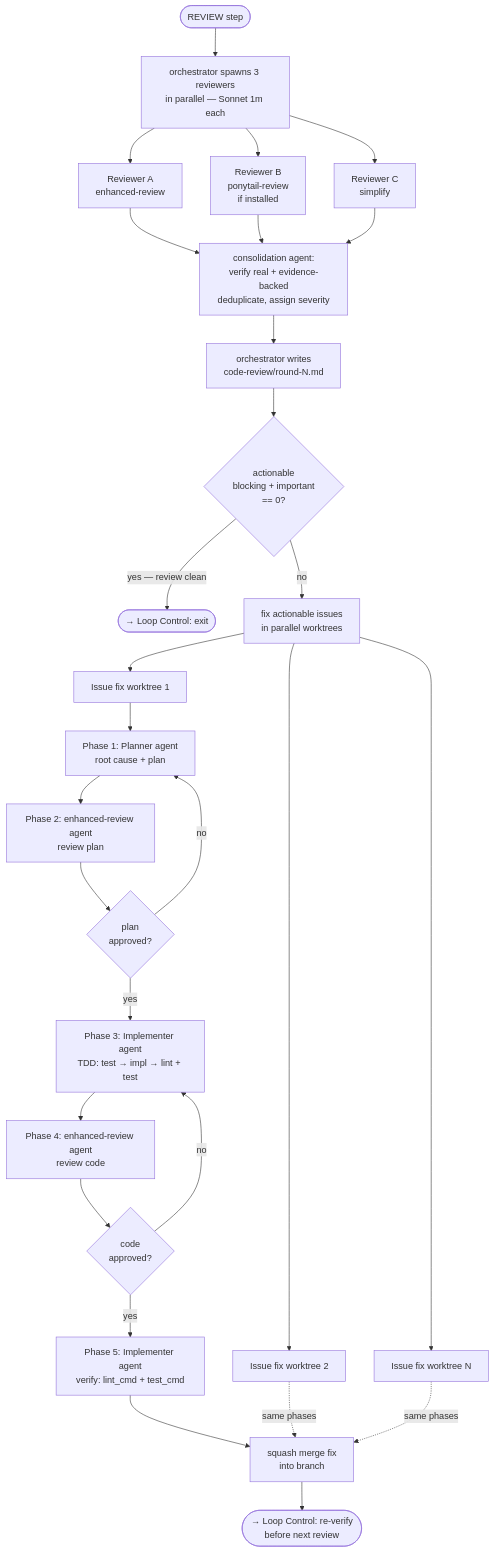
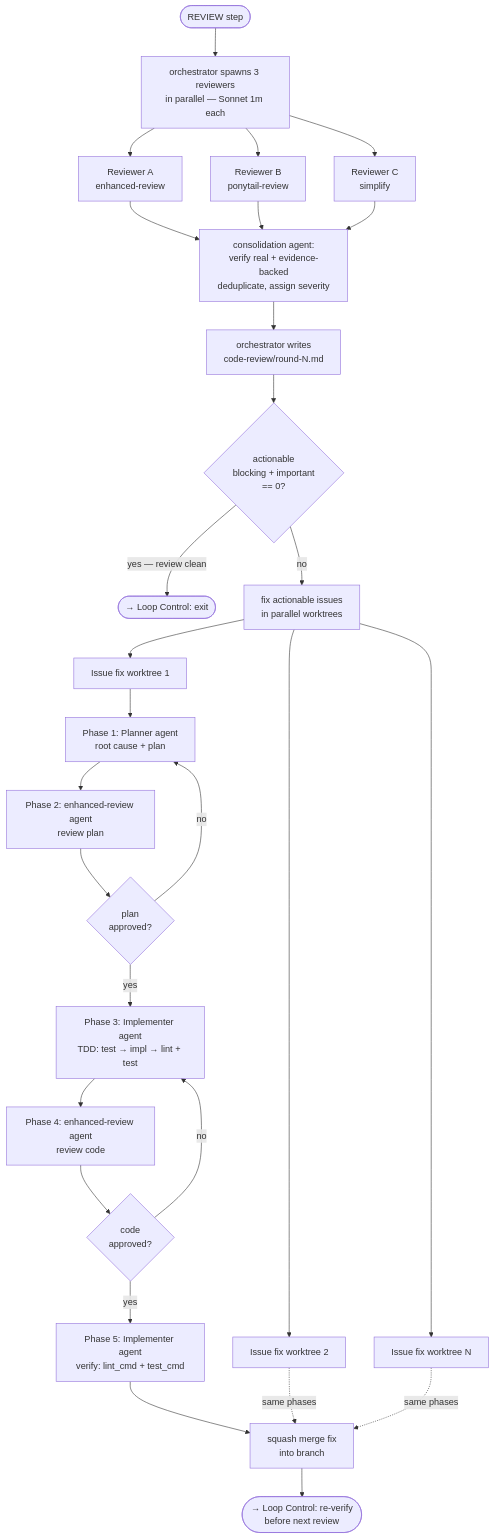
Before and after one commit to SG-Agent-Studio/autonomous-development-loop: the fifth of 7 diagrams in docs/architecture/001-agent-workflow.md, drawn with Mermaid. The commit also changed 6 other files, not shown here.

````diff
--- a/docs/architecture/001-agent-workflow.md
+++ b/docs/architecture/001-agent-workflow.md
@@ -132,35 +132,35 @@
 ```mermaid
 flowchart TD
     R0([REVIEW step]) --> PAR[orchestrator spawns 3 reviewers\nin parallel — Sonnet 1m each]
 
     PAR --> RA[Reviewer A\nenhanced-review]
-    PAR --> RB[Reviewer B\nponytail-review\nif installed]
+    PAR --> RB[Reviewer B\nponytail-review]
     PAR --> RC[Reviewer C\nsimplify]
 
     RA & RB & RC --> CONS[consolidation agent:\nverify real + evidence-backed\ndeduplicate, assign severity]
 
     CONS --> WRITE[orchestrator writes\ncode-review/round-N.md]
     WRITE --> AQ{actionable\nblocking + important\n== 0?}
     AQ -->|yes — review clean| BACK([→ Loop Control: exit])
     AQ -->|no| FIXPAR[fix actionable issues\nin parallel worktrees]
 
     FIXPAR --> FI1[Issue fix worktree 1]
     FIXPAR --> FI2[Issue fix worktree 2]
     FIXPAR --> FIN[Issue fix worktree N]
 
     FI1 --> PH1[Phase 1: Planner agent\nroot cause + plan]
     PH1 --> PH2[Phase 2: enhanced-review agent\nreview plan]
     PH2 --> PH2OK{plan\napproved?}
     PH2OK -->|no| PH1
     PH2OK -->|yes| PH3[Phase 3: Implementer agent\nTDD: test → impl → lint + test]
     PH3 --> PH4[Phase 4: enhanced-review agent\nreview code]
     PH4 --> PH4OK{code\napproved?}
     PH4OK -->|no| PH3
     PH4OK -->|yes| PH5[Phase 5: Implementer agent\nverify: lint_cmd + test_cmd]
     PH5 --> SMF[squash merge fix\ninto branch]
 
     FI2 -.->|same phases| SMF
     FIN -.->|same phases| SMF
 
     SMF --> RELOOP([→ Loop Control: re-verify\nbefore next review])
 ```
````
